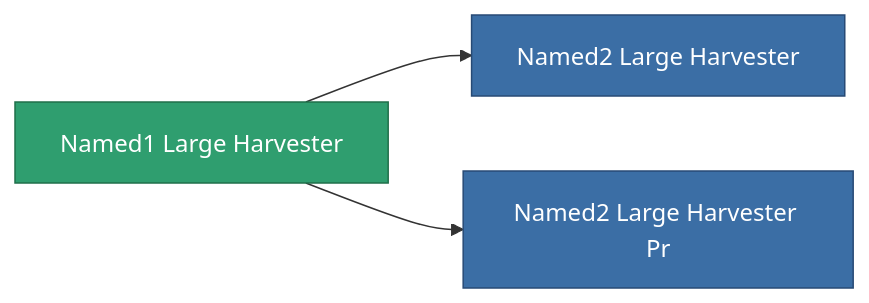
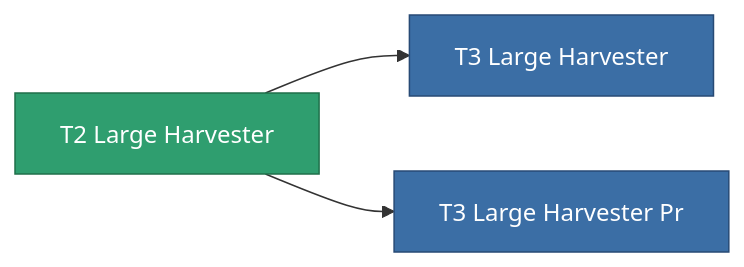
One commit to OpenPerpetuum/Wiki changed the diagram in content/content/items/named1_large_harvester.md. Above: the diagram before and after it, drawn with Mermaid. The commit also changed other lines of this file and 4904 other files, not shown here.

````diff
--- a/content/content/items/named1_large_harvester.md
+++ b/content/content/items/named1_large_harvester.md
@@ -57,13 +45,13 @@
 ```mermaid
 graph LR
-    a["Named1 Large Harvester"]:::current
-    b["Named2 Large Harvester"]:::prod
+    a["T2 Large Harvester"]:::current
+    b["T3 Large Harvester"]:::prod
     a --> b
-    click b "/content/items/named2-large-harvester/" "Named2 Large Harvester"
-    c["Named2 Large Harvester Pr"]:::prod
+    click b "/content/items/named2-large-harvester/" "T3 Large Harvester"
+    c["T3 Large Harvester Pr"]:::prod
     a --> c
-    click c "/content/items/named2-large-harvester-pr/" "Named2 Large Harvester Pr"
+    click c "/content/items/named2-large-harvester-pr/" "T3 Large Harvester Pr"
     classDef current fill:#2f9e6f,stroke:#1f6f4a,color:#ffffff
     classDef prod fill:#3b6ea5,stroke:#274a75,color:#ffffff
     classDef more fill:#39445a,stroke:#54658a,color:#d5dbe8
 ```
````
